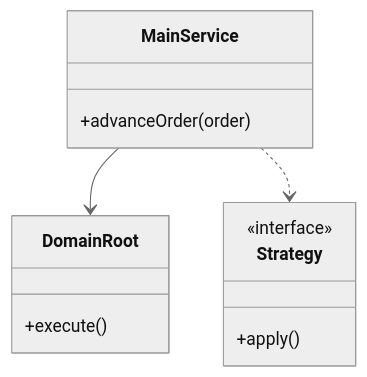
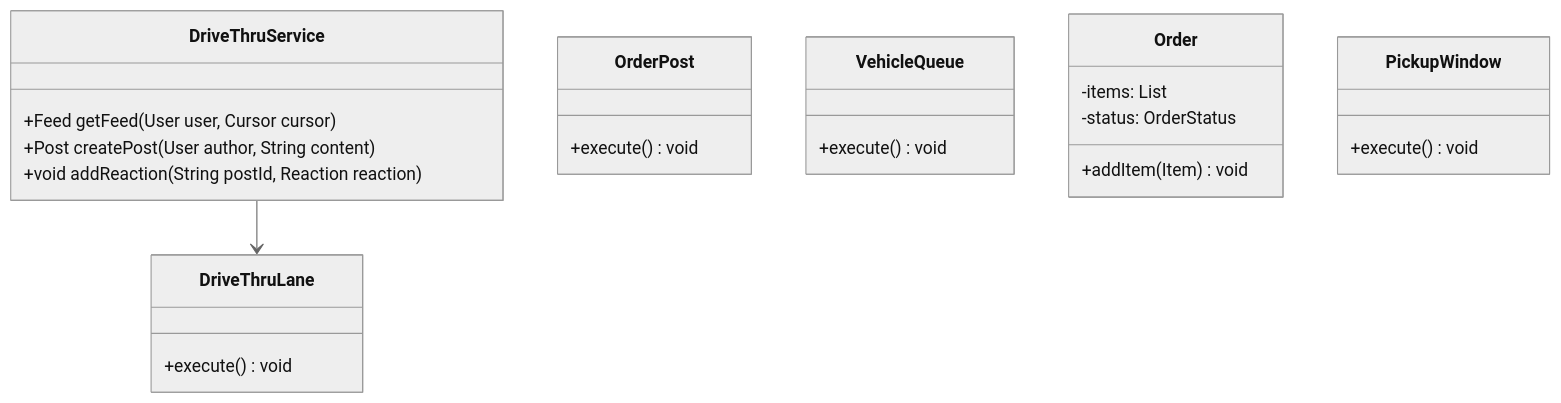
One commit to madhupaila/Interview-Prep-SSE changed the first of 3 diagrams in Learn/System Design - Low Level Design/02-classic-ood/questions/Q53-drive-thru.md. Above: the diagram before and after it, drawn with Mermaid (neutral theme). The commit also changed other lines of this file and 491 other files, not shown here.

````diff
--- a/Learn/System Design - Low Level Design/02-classic-ood/questions/Q53-drive-thru.md
+++ b/Learn/System Design - Low Level Design/02-classic-ood/questions/Q53-drive-thru.md
@@ -74,15 +92,26 @@
 ```mermaid
 classDiagram
-    class MainService {
-        +advanceOrder(order)
+    class DriveThruService {
+        +Feed getFeed(User user, Cursor cursor)
+        +Post createPost(User author, String content)
+        +void addReaction(String postId, Reaction reaction)
     }
-    class DomainRoot {
-        +execute()
+    class DriveThruLane {
+        +execute() void
     }
-    class Strategy {
-        <<interface>>
-        +apply()
+    class OrderPost {
+        +execute() void
     }
-    MainService --> DomainRoot
-    MainService ..> Strategy
+    class VehicleQueue {
+        +execute() void
+    }
+    class Order {
+        -items: List
+        -status: OrderStatus
+        +addItem(Item) void
+    }
+    class PickupWindow {
+        +execute() void
+    }
+    DriveThruService --> DriveThruLane
 ```
````
